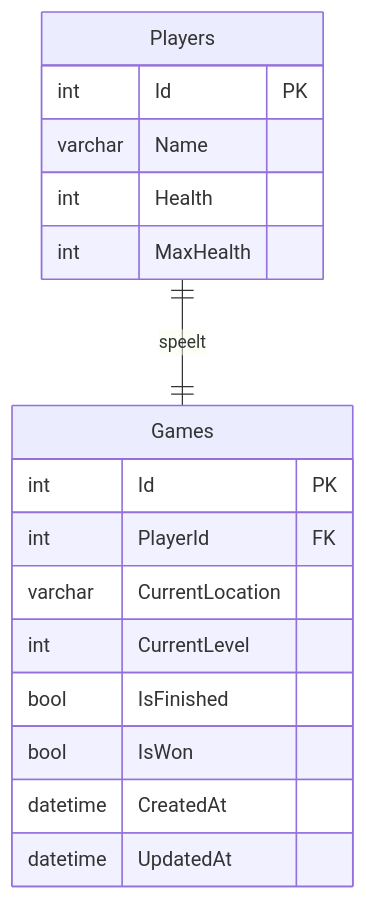
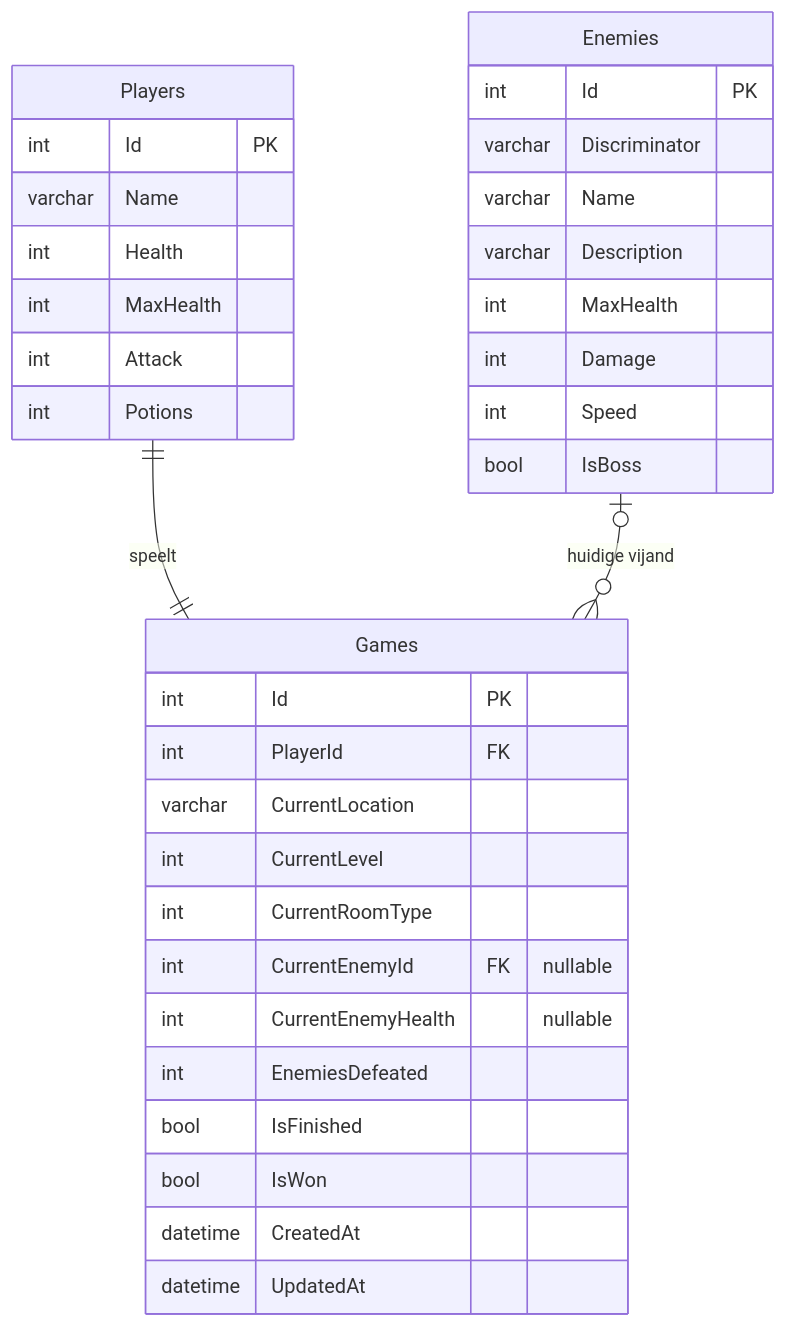
The diagram in docs/ERD.md (jri96/framework-l2p2), drawn with Mermaid before and after one commit. The commit also changed other lines of this file and 33 other files, not shown here.

````diff
--- a/docs/ERD.md
+++ b/docs/ERD.md
@@ -5,20 +7,37 @@
 ```mermaid
 erDiagram
     Players ||--|| Games : "speelt"
+    Enemies |o--o{ Games : "huidige vijand"
     Players {
         int Id PK
         varchar Name
         int Health
         int MaxHealth
+        int Attack
+        int Potions
     }
     Games {
         int Id PK
         int PlayerId FK
         varchar CurrentLocation
         int CurrentLevel
+        int CurrentRoomType
+        int CurrentEnemyId FK "nullable"
+        int CurrentEnemyHealth "nullable"
+        int EnemiesDefeated
         bool IsFinished
         bool IsWon
         datetime CreatedAt
         datetime UpdatedAt
     }
+    Enemies {
+        int Id PK
+        varchar Discriminator
+        varchar Name
+        varchar Description
+        int MaxHealth
+        int Damage
+        int Speed
+        bool IsBoss
+    }
 ```
````
